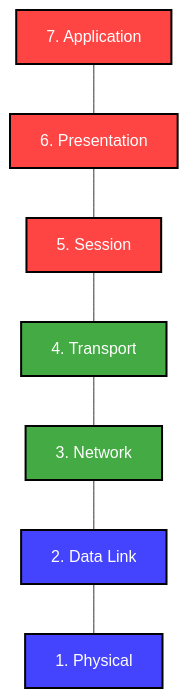
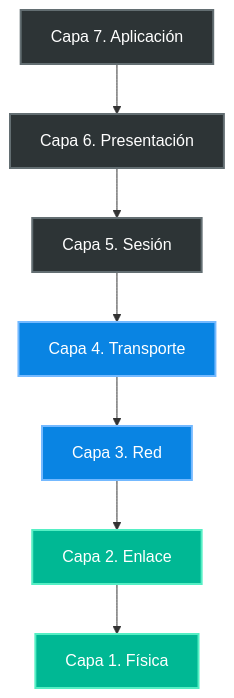
One commit to ulysses-ck/grupo-redes-ifts-2025 changed the fifth of 6 diagrams in tps/tp1.md. Above: the diagram before and after it, drawn with Mermaid.

Commit message:
refactor: update application layer diagram with improved structure and styling

````diff
--- a/tps/tp1.md
+++ b/tps/tp1.md
@@ -464,24 +464,25 @@
 ```mermaid
-graph TD
-    L7[7. Application]
-    L6[6. Presentation]
-    L5[5. Session]
-    L4[4. Transport]
-    L3[3. Network]
-    L2[2. Data Link]
-    L1[1. Physical]
+graph TB
+    A["Capa 7. Aplicación"]
+    B["Capa 6. Presentación"]
+    C["Capa 5. Sesión"]
+    D["Capa 4. Transporte"]
+    E["Capa 3. Red"]
+    F["Capa 2. Enlace"]
+    G["Capa 1. Física"]
+    
+    A --> B
+    B --> C
+    C --> D
+    D --> E
+    E --> F
+    F --> G
 
-    L7 --- L6
-    L6 --- L5
-    L5 --- L4
-    L4 --- L3
-    L3 --- L2
-    L2 --- L1
-
-    classDef upper fill:#FF4444,stroke:#000000,stroke-width:2px,color:#FFFFFF
-    classDef middle fill:#44AA44,stroke:#000000,stroke-width:2px,color:#FFFFFF
-    classDef lower fill:#4444FF,stroke:#000000,stroke-width:2px,color:#FFFFFF
-    class L7,L6,L5 upper
-    class L4,L3 middle
-    class L2,L1 lower
+    style A fill:#2d3436,stroke:#636e72,stroke-width:2px,color:#fff
+    style B fill:#2d3436,stroke:#636e72,stroke-width:2px,color:#fff
+    style C fill:#2d3436,stroke:#636e72,stroke-width:2px,color:#fff
+    style D fill:#0984e3,stroke:#74b9ff,stroke-width:2px,color:#fff
+    style E fill:#0984e3,stroke:#74b9ff,stroke-width:2px,color:#fff
+    style F fill:#00b894,stroke:#55efc4,stroke-width:2px,color:#fff
+    style G fill:#00b894,stroke:#55efc4,stroke-width:2px,color:#fff
 ```
````
